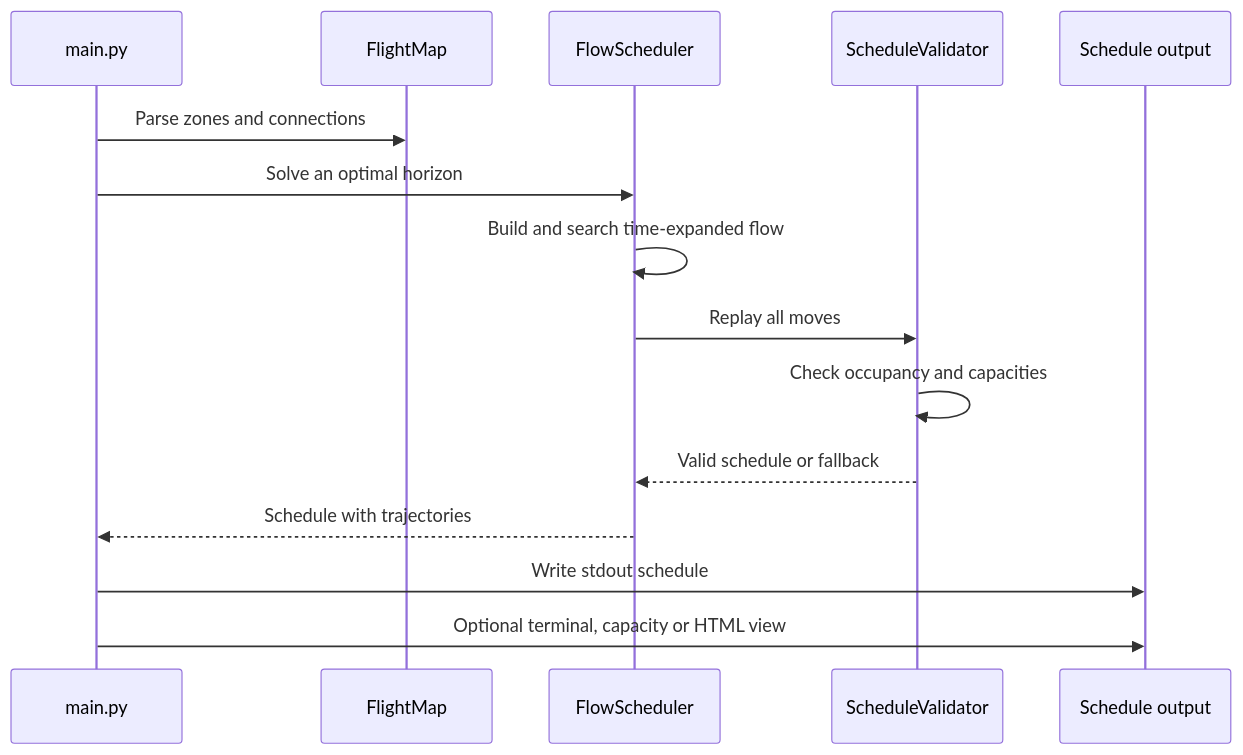
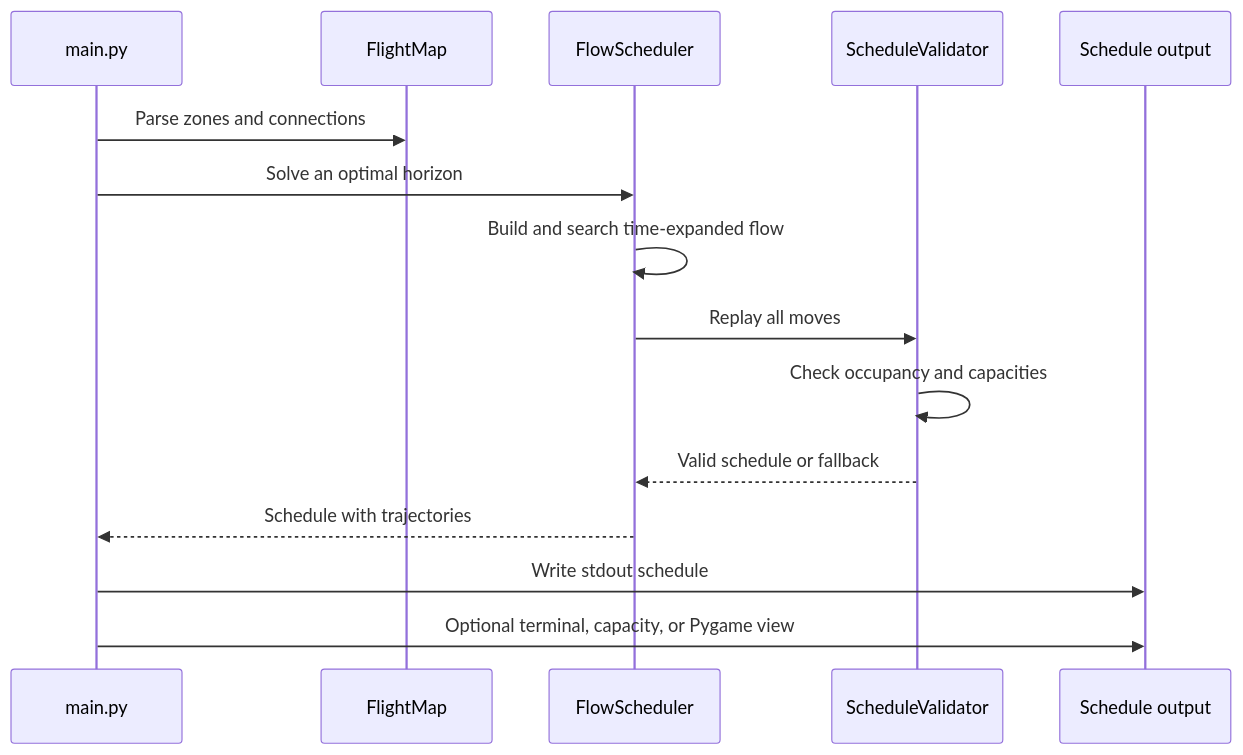
Before and after one commit to mirelsan/Projects_42sp: the second of 2 diagrams in 06_Fly-in/README.md, drawn with Mermaid. The commit also changed other lines of this file and 13 other files, not shown here.

````diff
--- a/06_Fly-in/README.md
+++ b/06_Fly-in/README.md
@@ -209,18 +208,18 @@
 ```mermaid
 sequenceDiagram
     participant CLI as main.py
     participant Map as FlightMap
     participant Scheduler as FlowScheduler
     participant Validator as ScheduleValidator
     participant Output as Schedule output
 
     CLI->>Map: Parse zones and connections
     CLI->>Scheduler: Solve an optimal horizon
     Scheduler->>Scheduler: Build and search time-expanded flow
     Scheduler->>Validator: Replay all moves
     Validator->>Validator: Check occupancy and capacities
     Validator-->>Scheduler: Valid schedule or fallback
     Scheduler-->>CLI: Schedule with trajectories
     CLI->>Output: Write stdout schedule
-    CLI->>Output: Optional terminal, capacity or HTML view
+    CLI->>Output: Optional terminal, capacity, or Pygame view
 ```
````
